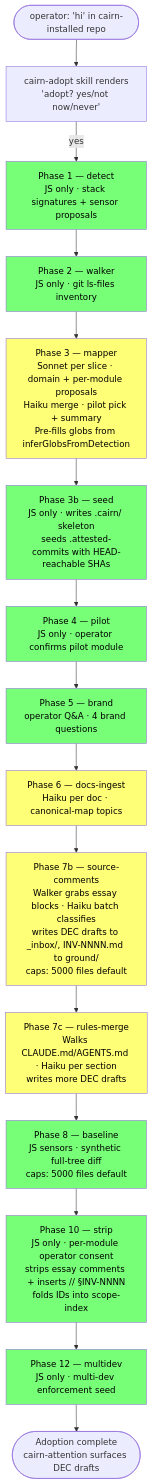
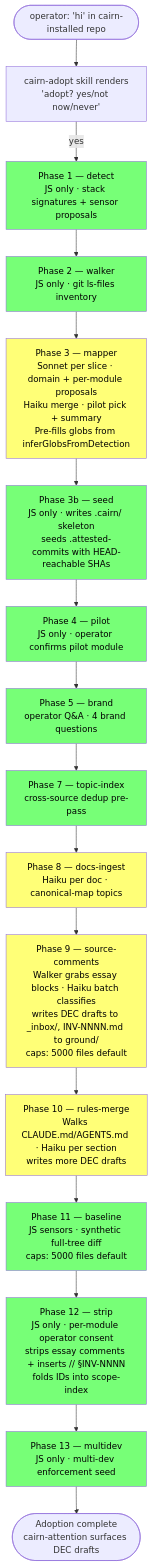
One commit to isaacriehm/cairn changed the second of 3 diagrams in docs/SYSTEM_OVERVIEW.md. Above: the diagram before and after it, drawn with Mermaid. The commit also changed other lines of this file and 4 other files, not shown here.

````diff
--- a/docs/SYSTEM_OVERVIEW.md
+++ b/docs/SYSTEM_OVERVIEW.md
@@ -98,22 +98,23 @@
 ```mermaid
 flowchart TD
   Start([operator: 'hi' in cairn-installed repo]) --> Skill[cairn-adopt skill renders<br/>'adopt? yes/not now/never']
   Skill -->|yes| P1[Phase 1 — detect<br/>JS only · stack signatures + sensor proposals]
   P1 --> P2[Phase 2 — walker<br/>JS only · git ls-files inventory]
   P2 --> P3[Phase 3 — mapper<br/>Sonnet per slice · domain + per-module proposals<br/>Haiku merge · pilot pick + summary<br/>Pre-fills globs from inferGlobsFromDetection]
   P3 --> P3b[Phase 3b — seed<br/>JS only · writes .cairn/ skeleton<br/>seeds .attested-commits with HEAD-reachable SHAs]
   P3b --> P4[Phase 4 — pilot<br/>JS only · operator confirms pilot module]
   P4 --> P5[Phase 5 — brand<br/>operator Q&A · 4 brand questions]
-  P5 --> P6[Phase 6 — docs-ingest<br/>Haiku per doc · canonical-map topics]
-  P6 --> P7b[Phase 7b — source-comments<br/>Walker grabs essay blocks · Haiku batch classifies<br/>writes DEC drafts to _inbox/, INV-NNNN.md to ground/<br/>caps: 5000 files default]
-  P7b --> P7c[Phase 7c — rules-merge<br/>Walks CLAUDE.md/AGENTS.md · Haiku per section<br/>writes more DEC drafts]
-  P7c --> P8[Phase 8 — baseline<br/>JS sensors · synthetic full-tree diff<br/>caps: 5000 files default]
-  P8 --> P10[Phase 10 — strip<br/>JS only · per-module operator consent<br/>strips essay comments + inserts // §INV-NNNN<br/>folds IDs into scope-index]
-  P10 --> P12[Phase 12 — multidev<br/>JS only · multi-dev enforcement seed]
-  P12 --> Done([Adoption complete<br/>cairn-attention surfaces DEC drafts])
+  P5 --> P7[Phase 7 — topic-index<br/>cross-source dedup pre-pass]
+  P7 --> P8[Phase 8 — docs-ingest<br/>Haiku per doc · canonical-map topics]
+  P8 --> P9[Phase 9 — source-comments<br/>Walker grabs essay blocks · Haiku batch classifies<br/>writes DEC drafts to _inbox/, INV-NNNN.md to ground/<br/>caps: 5000 files default]
+  P9 --> P10[Phase 10 — rules-merge<br/>Walks CLAUDE.md/AGENTS.md · Haiku per section<br/>writes more DEC drafts]
+  P10 --> P11[Phase 11 — baseline<br/>JS sensors · synthetic full-tree diff<br/>caps: 5000 files default]
+  P11 --> P12[Phase 12 — strip<br/>JS only · per-module operator consent<br/>strips essay comments + inserts // §INV-NNNN<br/>folds IDs into scope-index]
+  P12 --> P13[Phase 13 — multidev<br/>JS only · multi-dev enforcement seed]
+  P13 --> Done([Adoption complete<br/>cairn-attention surfaces DEC drafts])
 
   classDef llm fill:#ff7,color:#000
   classDef det fill:#7f7,color:#000
-  class P1,P2,P3b,P4,P5,P8,P10,P12 det
-  class P3,P6,P7b,P7c llm
+  class P1,P2,P3b,P4,P5,P7,P11,P12,P13 det
+  class P3,P8,P9,P10 llm
 ```
````
